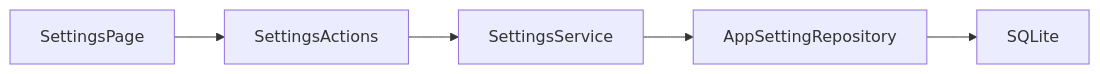
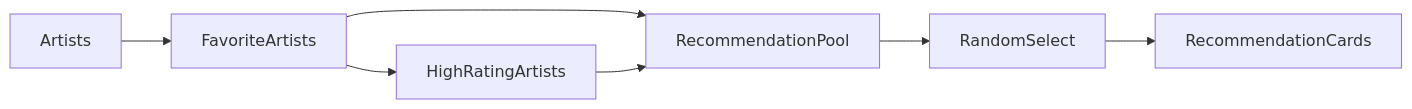
Before and after one commit to PKT0623/PixivLocalManager: diagram 12 of 14 in docs/07_ARCHITECTURE.md, drawn with Mermaid. The commit also changed other lines of this file and 10 other files, not shown here.

````diff
--- a/docs/07_ARCHITECTURE.md
+++ b/docs/07_ARCHITECTURE.md
@@ -415,9 +601,15 @@
-```mermaid id="9rte4a"
+```mermaid
 flowchart LR
 
-SettingsPage
---> SettingsActions
---> SettingsService
---> AppSettingRepository
---> SQLite
+Artists
+
+--> FavoriteArtists
+--> HighRatingArtists
+
+FavoriteArtists --> RecommendationPool
+HighRatingArtists --> RecommendationPool
+
+RecommendationPool
+--> RandomSelect
+--> RecommendationCards
 ```
````
